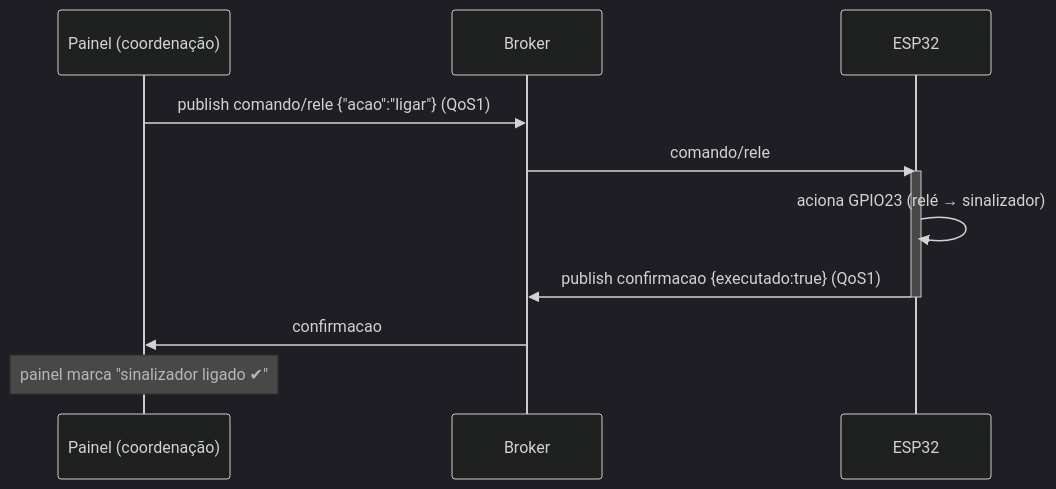
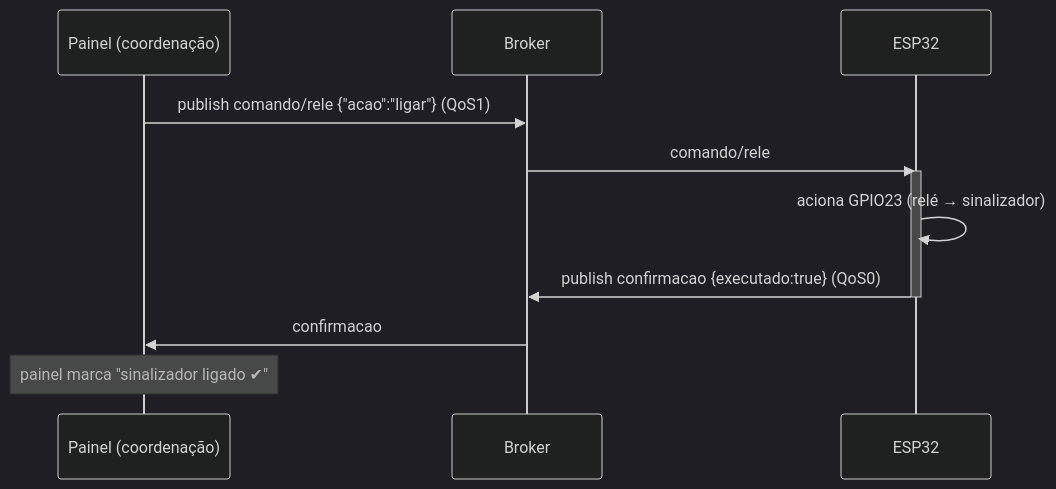
Before and after one commit to VictorKunzz/sentinela-cadeia-fria: the second of 2 diagrams in docs/arquitetura-mqtt.md, drawn with Mermaid (dark theme). The commit also changed other lines of this file and 1 other file, not shown here.

Commit message:
chore: componentes no diagrama Wokwi e doc MQTT alinhada ao firmware

````diff
--- a/docs/arquitetura-mqtt.md
+++ b/docs/arquitetura-mqtt.md
@@ -103,15 +119,15 @@
 ```mermaid
 sequenceDiagram
     participant P as Painel (coordenação)
     participant B as Broker
     participant D as ESP32
 
     P->>B: publish comando/rele {"acao":"ligar"} (QoS1)
     B->>D: comando/rele
     activate D
     D->>D: aciona GPIO23 (relé → sinalizador)
-    D->>B: publish confirmacao {executado:true} (QoS1)
+    D->>B: publish confirmacao {executado:true} (QoS0)
     deactivate D
     B->>P: confirmacao
     Note over P: painel marca "sinalizador ligado ✔"
 ```
````
